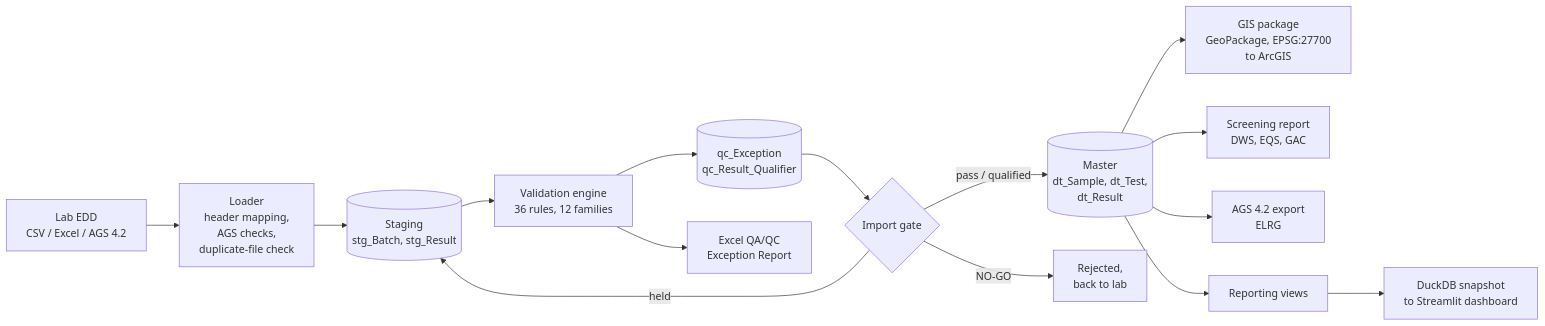
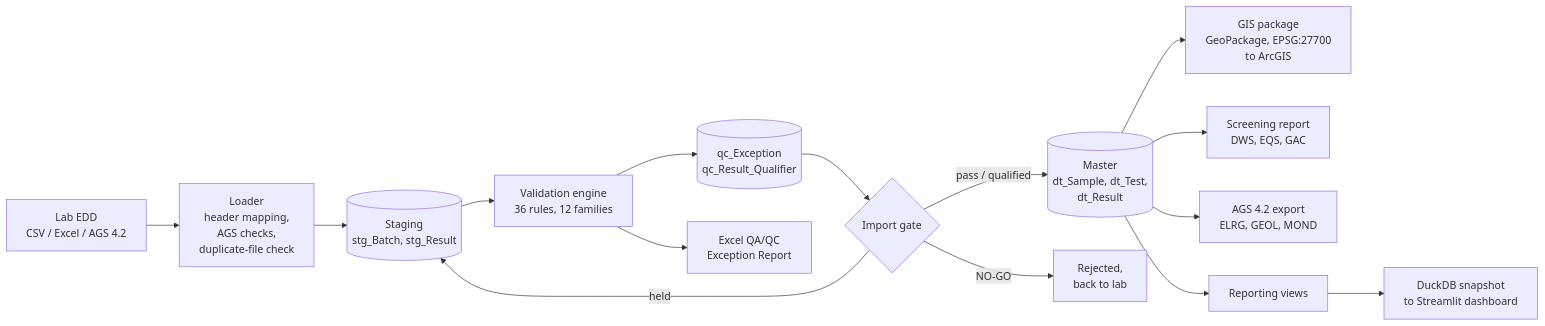
One commit to PriyankaSagwekar/EDD-Validation-Engine-and-QA-QC changed the first of 2 diagrams in README.md. Above: the diagram before and after it, drawn with Mermaid. The commit also changed other lines of this file and 2 other files, not shown here.

Commit message:
Document the AGS viewer, ground investigation data and AGS code-list statuses

````diff
--- a/README.md
+++ b/README.md
@@ -17,16 +17,16 @@
 ```mermaid
 flowchart LR
     A[Lab EDD<br/>CSV / Excel / AGS 4.2] --> B[Loader<br/>header mapping,<br/>AGS checks,<br/>duplicate-file check]
     B --> C[(Staging<br/>stg_Batch, stg_Result)]
     C --> D[Validation engine<br/>36 rules, 12 families]
     D --> E[(qc_Exception<br/>qc_Result_Qualifier)]
     D --> F[Excel QA/QC<br/>Exception Report]
     E --> G{Import gate}
     G -- pass / qualified --> H[(Master<br/>dt_Sample, dt_Test,<br/>dt_Result)]
     G -- held --> C
     G -- NO-GO --> I[Rejected,<br/>back to lab]
     H --> J[GIS package<br/>GeoPackage, EPSG:27700<br/>to ArcGIS]
     H --> K[Screening report<br/>DWS, EQS, GAC]
-    H --> L[AGS 4.2 export<br/>ELRG]
+    H --> L[AGS 4.2 export<br/>ELRG, GEOL, MOND]
     H --> M[Reporting views] --> N[DuckDB snapshot<br/>to Streamlit dashboard]
 ```
````
